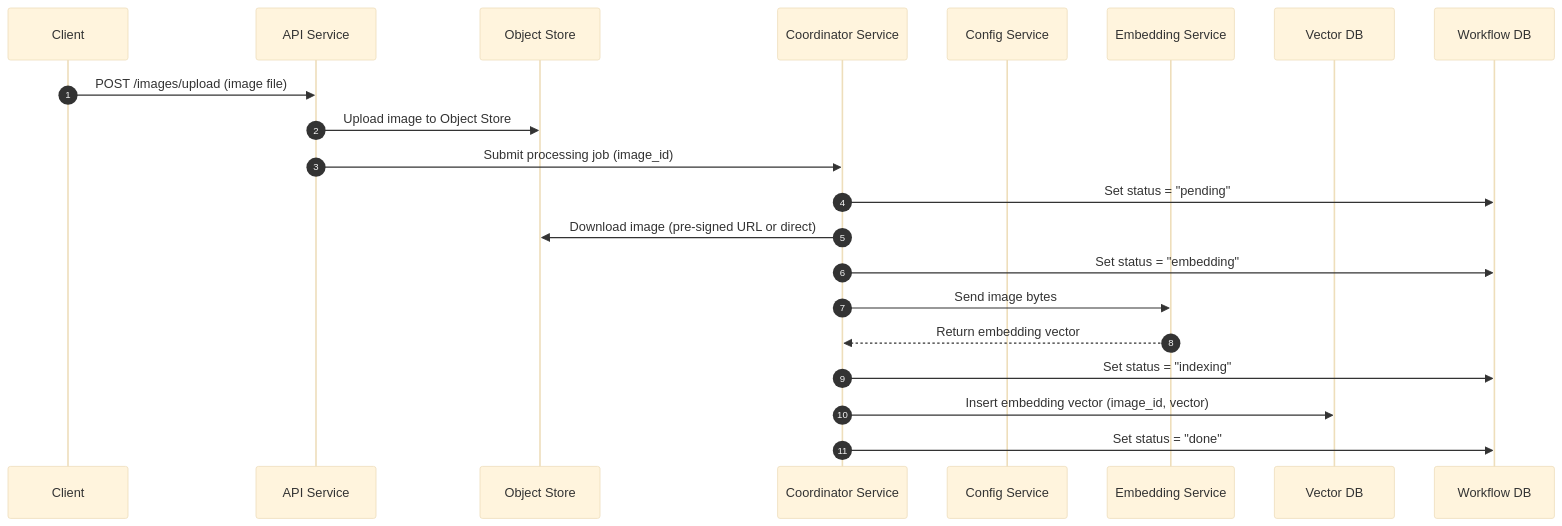
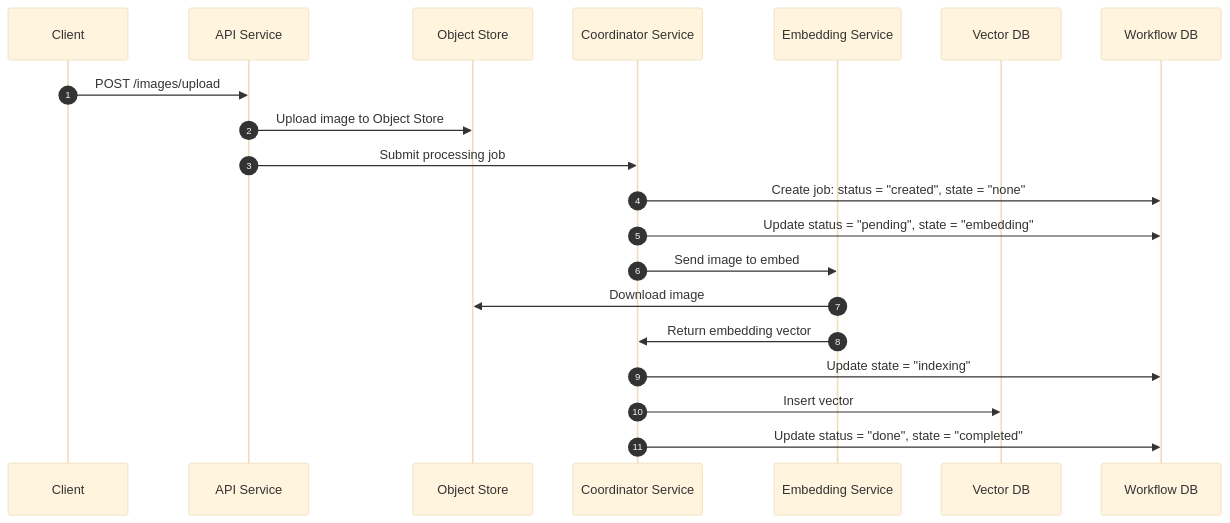
The diagram in docs/sources/use_cases/process_image/sequence.mmd (Nullpoint56/SmartImageAlbum), drawn with Mermaid (base theme) before and after one commit. The commit also changed 3 other files, not shown here.

```diff
--- a/docs/sources/use_cases/process_image/sequence.mmd
+++ b/docs/sources/use_cases/process_image/sequence.mmd
@@ -1,26 +1,24 @@
 sequenceDiagram
   autonumber
   participant Client
   participant API as API Service
   participant OBJ as Object Store
   participant COORD as Coordinator Service
-  participant CONFIG as Config Service
   participant EMBED as Embedding Service
   participant VECTOR as Vector DB
   participant STATUS as Workflow DB
 
-  Client->>API: POST /images/upload (image file)
+  Client->>API: POST /images/upload
   API->>OBJ: Upload image to Object Store
-  API->>COORD: Submit processing job (image_id)
+  API->>COORD: Submit processing job
 
-  COORD->>STATUS: Set status = "pending"
-  COORD->>OBJ: Download image (pre-signed URL or direct)
-  COORD->>STATUS: Set status = "embedding"
+  COORD->>STATUS: Create job: status = "created", state = "none"
+  COORD->>STATUS: Update status = "pending", state = "embedding"
+  COORD->>EMBED: Send image to embed
 
-  COORD->>EMBED: Send image bytes
-  EMBED-->>COORD: Return embedding vector
+  EMBED->>OBJ: Download image
+  EMBED->>COORD: Return embedding vector
 
-  COORD->>STATUS: Set status = "indexing"
-  COORD->>VECTOR: Insert embedding vector (image_id, vector)
-
-  COORD->>STATUS: Set status = "done"
+  COORD->>STATUS: Update state = "indexing"
+  COORD->>VECTOR: Insert vector
+  COORD->>STATUS: Update status = "done", state = "completed"
```
